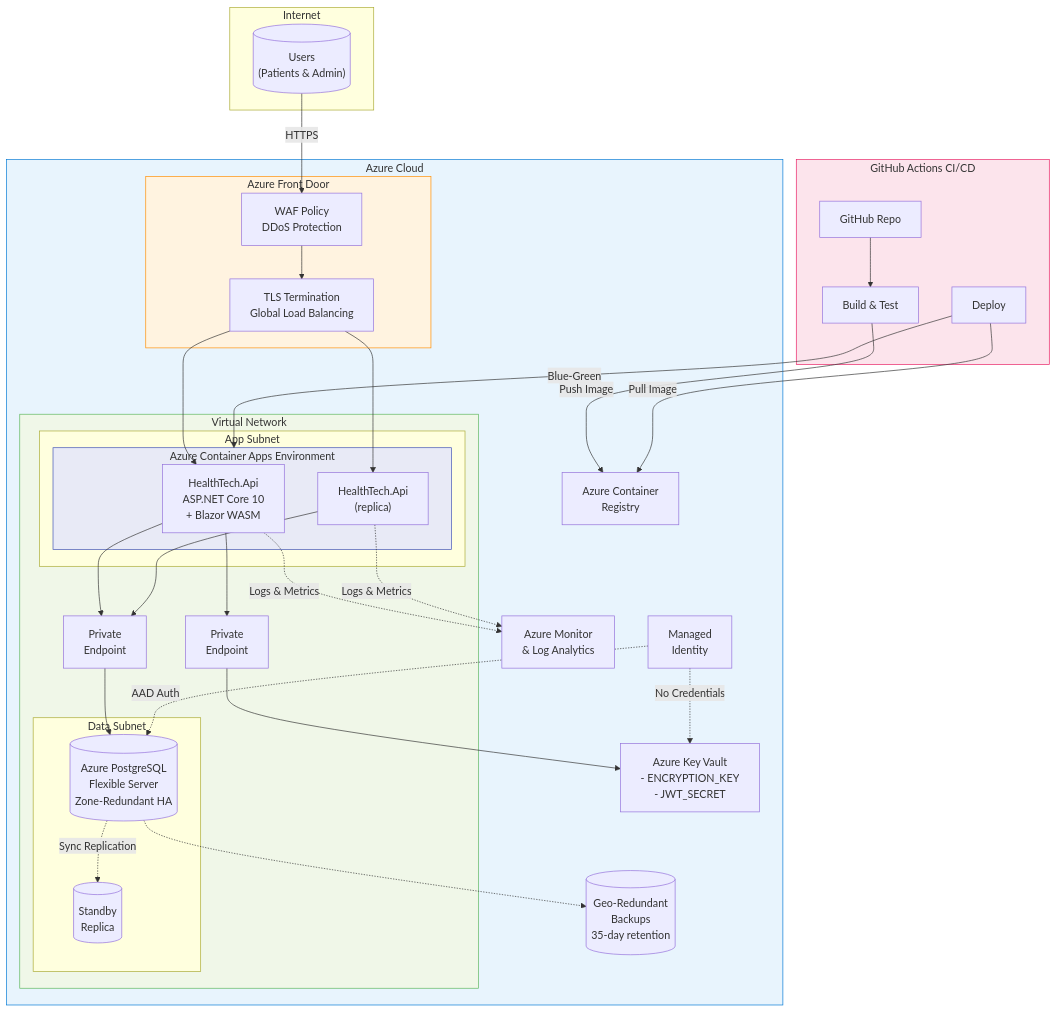
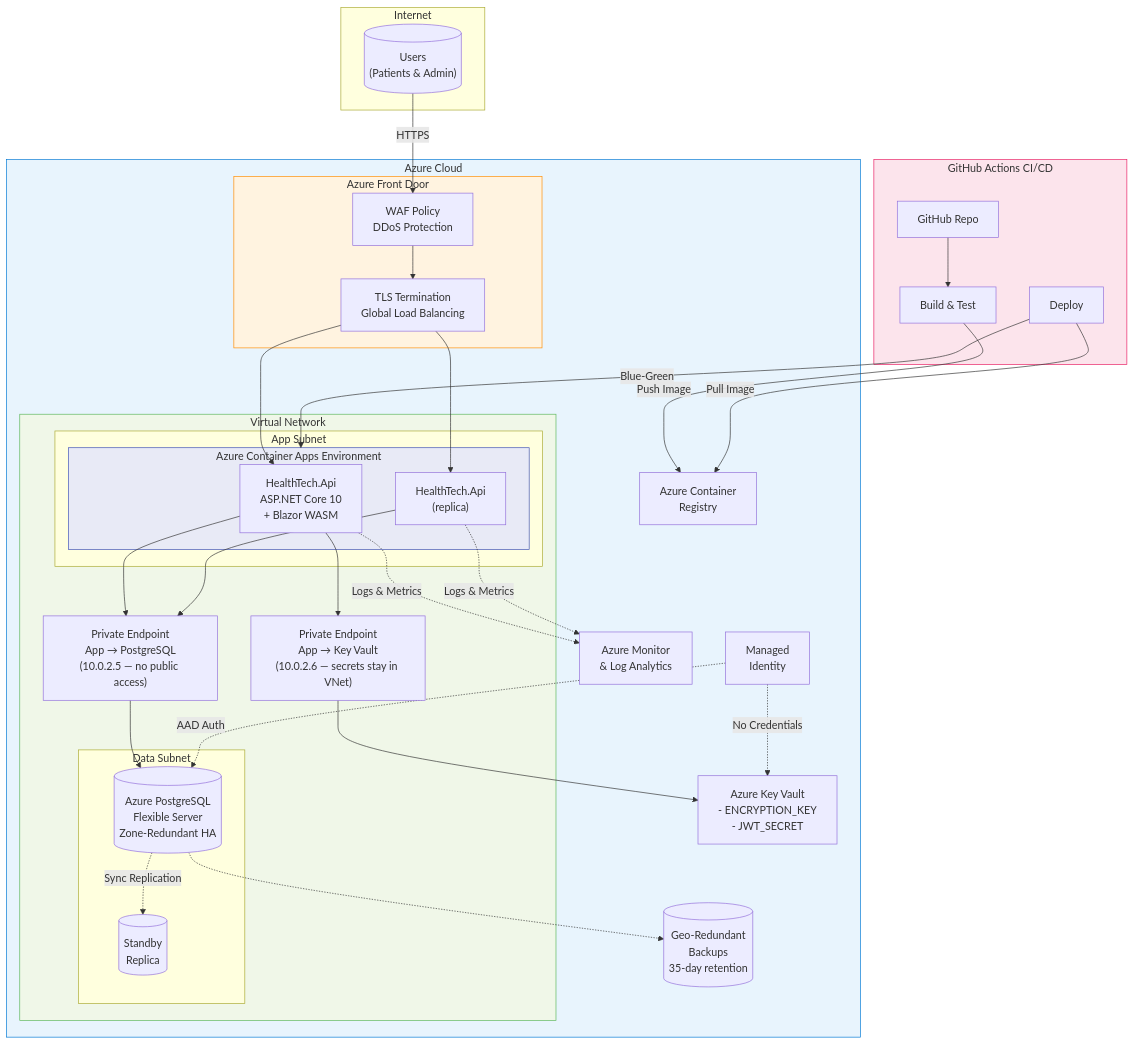
One commit to readikus/6B-technical-test changed the first of 4 diagrams in backend-dotnet/docs/AZURE-DEPLOYMENT.md. Above: the diagram before and after it, drawn with Mermaid.

Commit message:
Add detail to Private Endpoint labels in deployment diagram
Show what each endpoint connects (App → PostgreSQL, App → Key Vault)
and that they use private IPs with no public access.

````diff
--- a/backend-dotnet/docs/AZURE-DEPLOYMENT.md
+++ b/backend-dotnet/docs/AZURE-DEPLOYMENT.md
@@ -5,72 +5,72 @@
 ```mermaid
 graph TB
     subgraph Internet
         U[("Users<br/>(Patients & Admin)")]
     end
 
     subgraph Azure["Azure Cloud"]
         subgraph FrontDoor["Azure Front Door"]
             WAF["WAF Policy<br/>DDoS Protection"]
             TLS["TLS Termination<br/>Global Load Balancing"]
         end
 
         subgraph VNet["Virtual Network"]
             subgraph AppSubnet["App Subnet"]
                 subgraph ContainerApps["Azure Container Apps Environment"]
                     API["HealthTech.Api<br/>ASP.NET Core 10<br/>+ Blazor WASM"]
                     API2["HealthTech.Api<br/>(replica)"]
                 end
             end
 
             subgraph DataSubnet["Data Subnet"]
                 PG[("Azure PostgreSQL<br/>Flexible Server<br/>Zone-Redundant HA")]
                 PG_Standby[("Standby<br/>Replica")]
             end
 
-            PE1["Private<br/>Endpoint"]
-            PE2["Private<br/>Endpoint"]
+            PE1["Private Endpoint<br/>App → PostgreSQL<br/>(10.0.2.5 — no public access)"]
+            PE2["Private Endpoint<br/>App → Key Vault<br/>(10.0.2.6 — secrets stay in VNet)"]
         end
 
         KV["Azure Key Vault<br/>- ENCRYPTION_KEY<br/>- JWT_SECRET"]
         ACR["Azure Container<br/>Registry"]
         MI["Managed<br/>Identity"]
         Monitor["Azure Monitor<br/>& Log Analytics"]
         Backup[("Geo-Redundant<br/>Backups<br/>35-day retention")]
     end
 
     subgraph CICD["GitHub Actions CI/CD"]
         GH["GitHub Repo"]
         CI["Build & Test"]
         Deploy["Deploy"]
     end
 
     U -->|HTTPS| WAF
     WAF --> TLS
     TLS --> API
     TLS --> API2
 
     API --> PE1
     API2 --> PE1
     PE1 --> PG
     PG -.->|Sync Replication| PG_Standby
     PG -.-> Backup
 
     API --> PE2
     PE2 --> KV
     MI -.->|No Credentials| KV
     MI -.->|AAD Auth| PG
 
     API -.->|Logs & Metrics| Monitor
     API2 -.->|Logs & Metrics| Monitor
 
     GH --> CI
     CI -->|Push Image| ACR
     Deploy -->|Pull Image| ACR
     Deploy -->|Blue-Green| ContainerApps
 
     style Azure fill:#e8f4fd,stroke:#0078d4
     style VNet fill:#f0f7e8,stroke:#5bb75b
     style FrontDoor fill:#fff3e0,stroke:#ff8c00
     style ContainerApps fill:#e8eaf6,stroke:#3f51b5
     style CICD fill:#fce4ec,stroke:#e91e63
 ```
````
